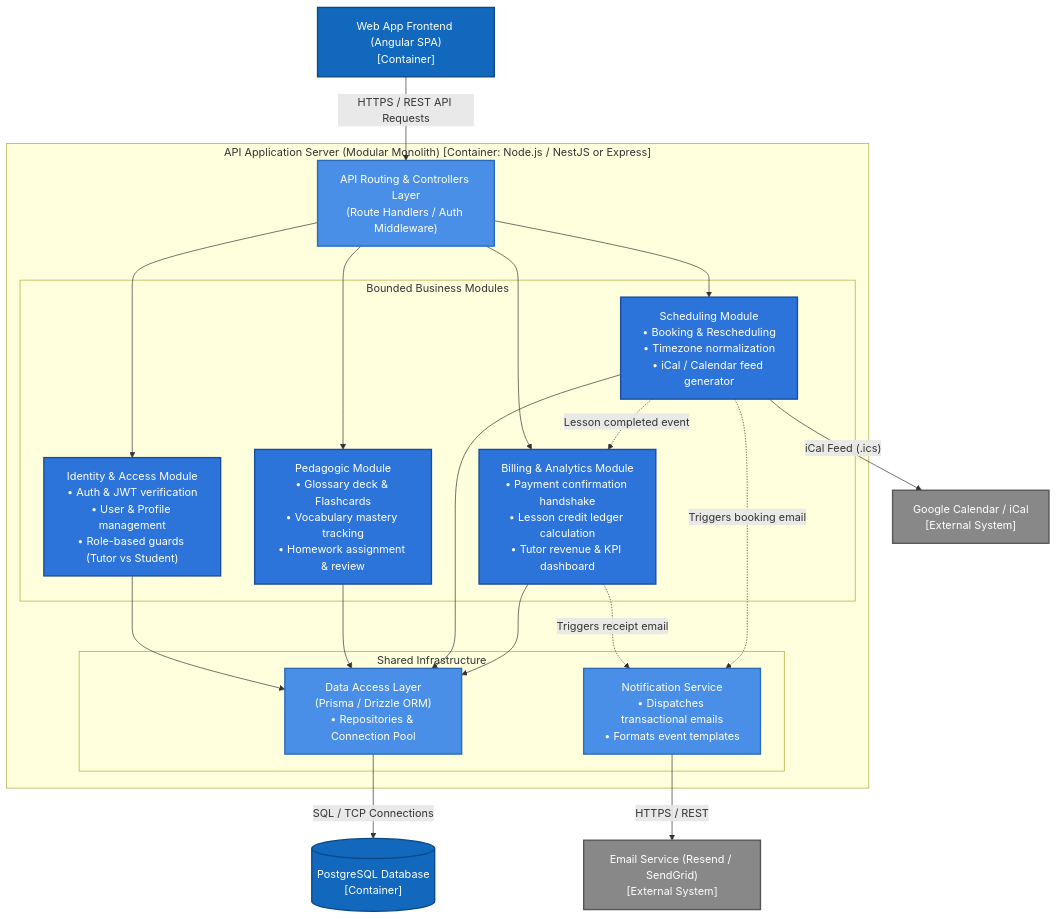
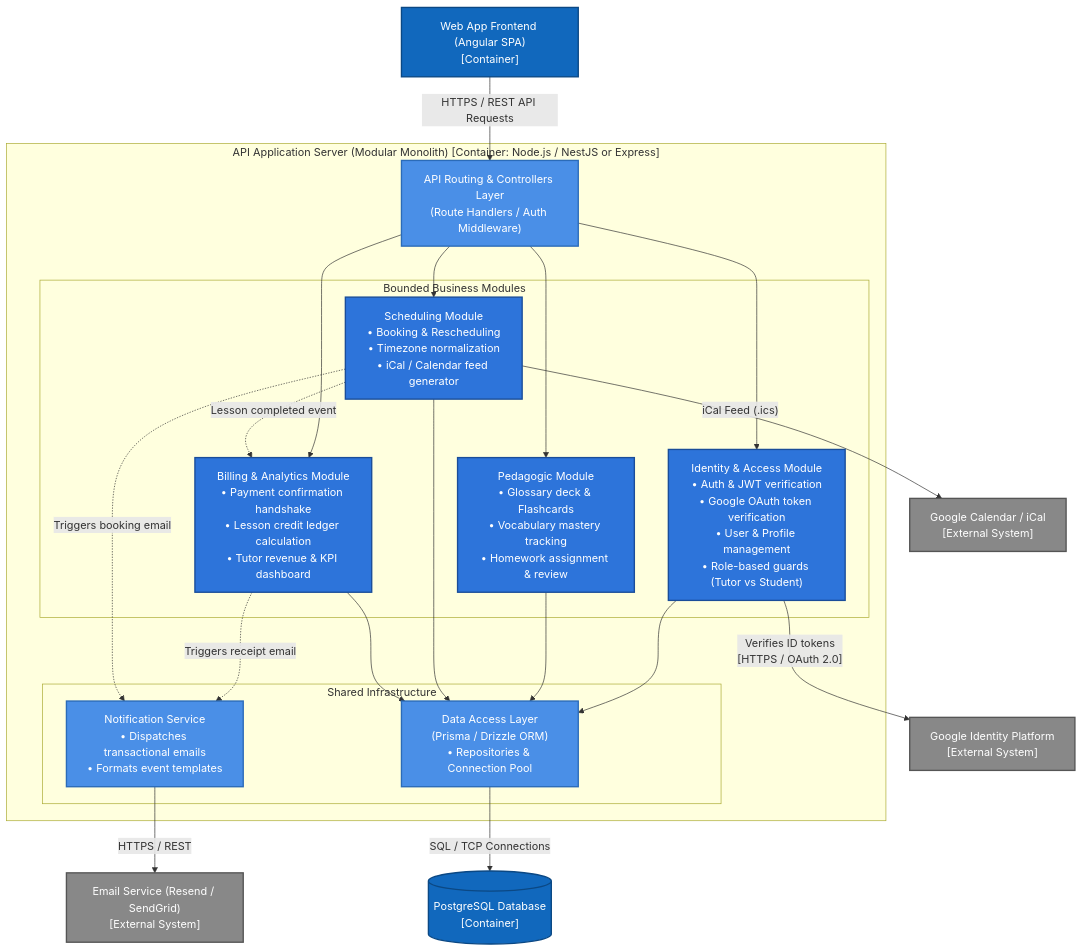
The diagram in docs/diagrams/03-c4-level3-components.mmd (DmytroCherednichenko/idiomar-crm), drawn with Mermaid before and after one commit. The commit also changed 5 other files, not shown here.

Commit message:
add Google OAuth log-in to docs

```diff
--- a/docs/diagrams/03-c4-level3-components.mmd
+++ b/docs/diagrams/03-c4-level3-components.mmd
@@ -1,59 +1,61 @@
 flowchart TD
     classDef client fill:#1168bd,stroke:#0b4884,color:#ffffff,stroke-width:2px;
     classDef module fill:#2d74da,stroke:#1a4d99,color:#ffffff,stroke-width:2px;
     classDef shared fill:#4a8fe7,stroke:#2b6bb8,color:#ffffff,stroke-width:2px;
     classDef db fill:#1168bd,stroke:#0b4884,color:#ffffff,stroke-width:2px;
     classDef external fill:#888888,stroke:#555555,color:#ffffff,stroke-width:2px;
     classDef boundary fill:#f8f9fa,stroke:#707070,stroke-width:2px,stroke-dasharray: 5 5;
 
     Client["Web App Frontend (Angular SPA)\n[Container]"]:::client
 
     subgraph ModularMonolith["API Application Server (Modular Monolith) [Container: Node.js / NestJS or Express]"]
         
         ApiGateway["API Routing & Controllers Layer\n(Route Handlers / Auth Middleware)"]:::shared
         
         subgraph CoreModules["Bounded Business Modules"]
-            AuthMod["Identity & Access Module\n• Auth & JWT verification\n• User & Profile management\n• Role-based guards (Tutor vs Student)"]:::module
+            AuthMod["Identity & Access Module\n• Auth & JWT verification\n• Google OAuth token verification\n• User & Profile management\n• Role-based guards (Tutor vs Student)"]:::module
             
             PedagogicMod["Pedagogic Module\n• Glossary deck & Flashcards\n• Vocabulary mastery tracking\n• Homework assignment & review"]:::module
             
             SchedulingMod["Scheduling Module\n• Booking & Rescheduling\n• Timezone normalization\n• iCal / Calendar feed generator"]:::module
             
             BillingMod["Billing & Analytics Module\n• Payment confirmation handshake\n• Lesson credit ledger calculation\n• Tutor revenue & KPI dashboard"]:::module
         end
 
         subgraph SharedInfrastructure["Shared Infrastructure"]
             NotificationMod["Notification Service\n• Dispatches transactional emails\n• Formats event templates"]:::shared
             DataAccess["Data Access Layer\n(Prisma / Drizzle ORM)\n• Repositories & Connection Pool"]:::shared
         end
     end
 
     Database[("PostgreSQL Database\n[Container]")]:::db
     EmailService["Email Service (Resend / SendGrid)\n[External System]"]:::external
     CalendarApp["Google Calendar / iCal\n[External System]"]:::external
+    GoogleAuth["Google Identity Platform\n[External System]"]:::external
 
     %% Inbound requests
     Client -->|"HTTPS / REST API Requests"| ApiGateway
 
     %% Gateway to Modules
     ApiGateway --> AuthMod
     ApiGateway --> PedagogicMod
     ApiGateway --> SchedulingMod
     ApiGateway --> BillingMod
 
     %% Cross-module domain events / interactions
     SchedulingMod -.->|"Lesson completed event"| BillingMod
     BillingMod -.->|"Triggers receipt email"| NotificationMod
     SchedulingMod -.->|"Triggers booking email"| NotificationMod
 
     %% Data layer connections
     AuthMod --> DataAccess
     PedagogicMod --> DataAccess
     SchedulingMod --> DataAccess
     BillingMod --> DataAccess
 
     DataAccess -->|"SQL / TCP Connections"| Database
 
     %% External outputs
     NotificationMod -->|"HTTPS / REST"| EmailService
     SchedulingMod -->|"iCal Feed (.ics)"| CalendarApp
+    AuthMod -->|"Verifies ID tokens\n[HTTPS / OAuth 2.0]"| GoogleAuth
```
